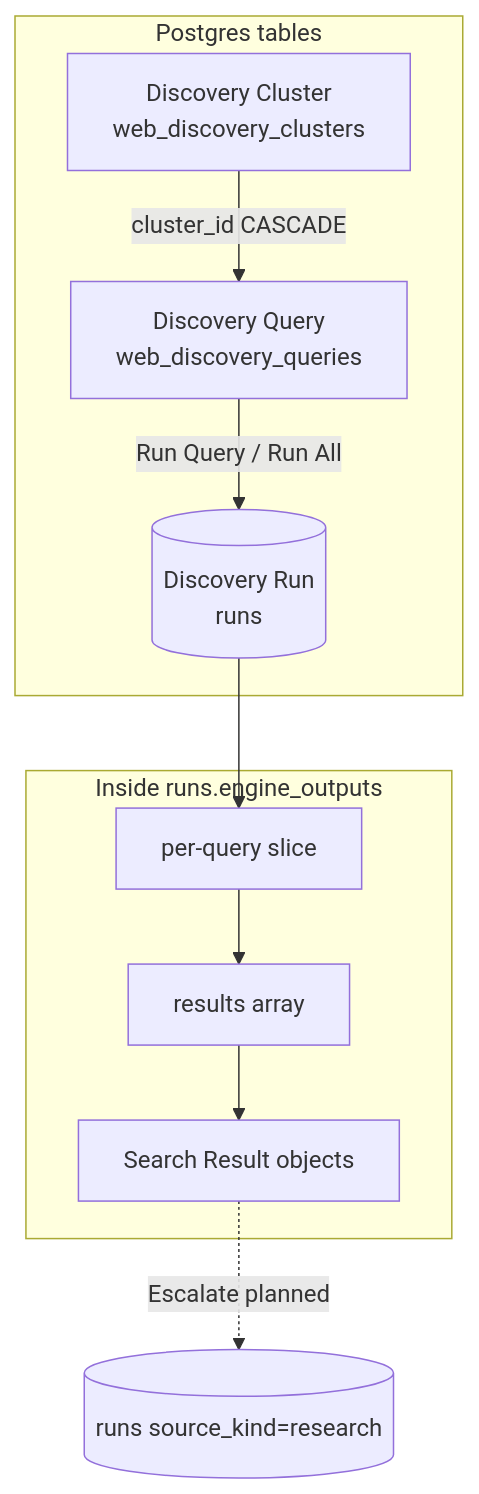
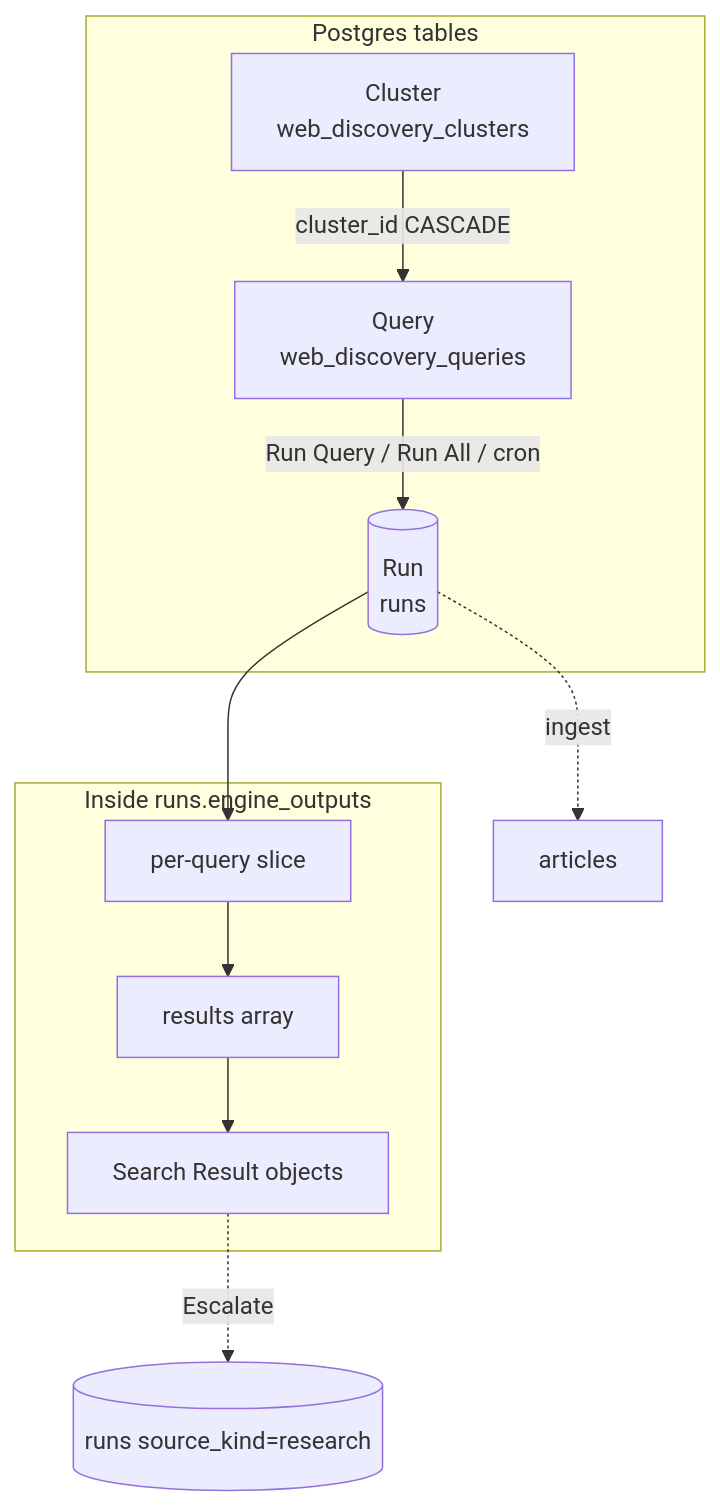
One commit to Growth-Maschine/NORAD-INTEL-ENGINE-V1 changed the third of 9 diagrams in docs/phase-1/P1-04-admin.md. Above: the diagram before and after it, drawn with Mermaid. The commit also changed other lines of this file and 9 other files, not shown here.

````diff
--- a/docs/phase-1/P1-04-admin.md
+++ b/docs/phase-1/P1-04-admin.md
@@ -734,22 +733,23 @@
 ```mermaid
 flowchart TB
     subgraph Tables["Postgres tables"]
-        DC[Discovery Cluster<br/>web_discovery_clusters]
-        DQ[Discovery Query<br/>web_discovery_queries]
-        RUNS[(Discovery Run<br/>runs)]
+        CL[Cluster<br/>web_discovery_clusters]
+        Q[Query<br/>web_discovery_queries]
+        RUNS[(Run<br/>runs)]
     end
 
     subgraph JSON["Inside runs.engine_outputs"]
         SLICE["per-query slice"]
         SR["results array"]
         ITEM["Search Result objects"]
     end
 
-    DC -->|cluster_id CASCADE| DQ
-    DQ -->|Run Query / Run All| RUNS
+    CL -->|cluster_id CASCADE| Q
+    Q -->|Run Query / Run All / cron| RUNS
     RUNS --> SLICE
     SLICE --> SR
     SR --> ITEM
 
-    ITEM -.->|Escalate planned| RUNS2[(runs source_kind=research)]
+    ITEM -.->|Escalate| RUNS2[(runs source_kind=research)]
+    RUNS -.->|ingest| ART[articles]
 ```
````
